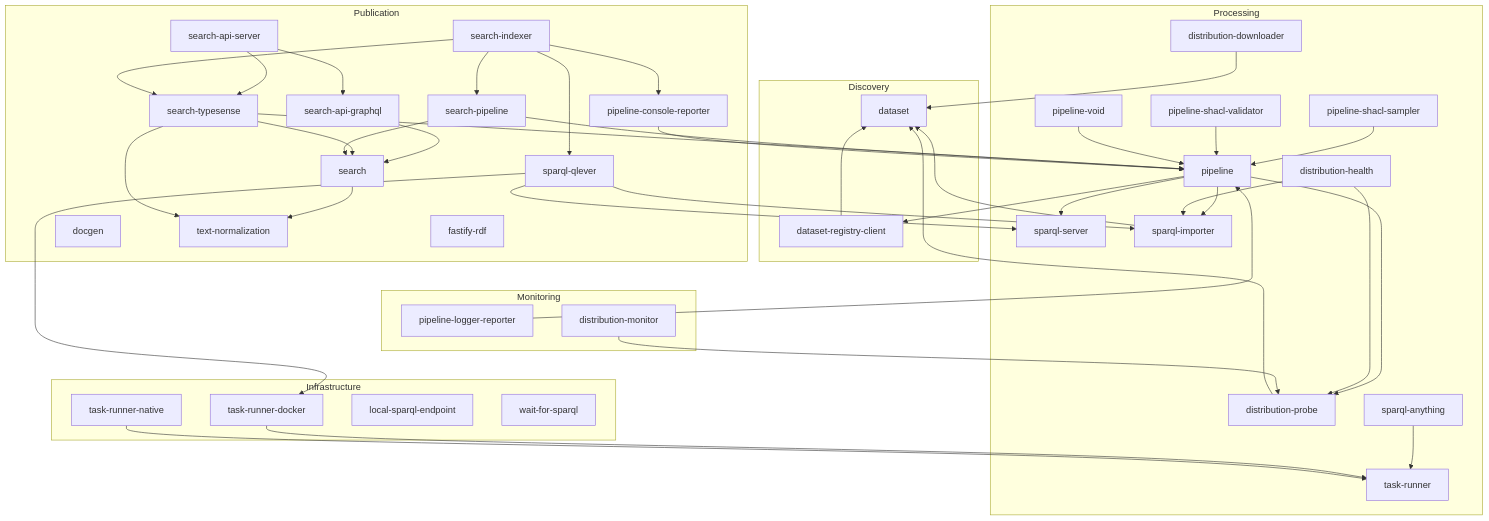
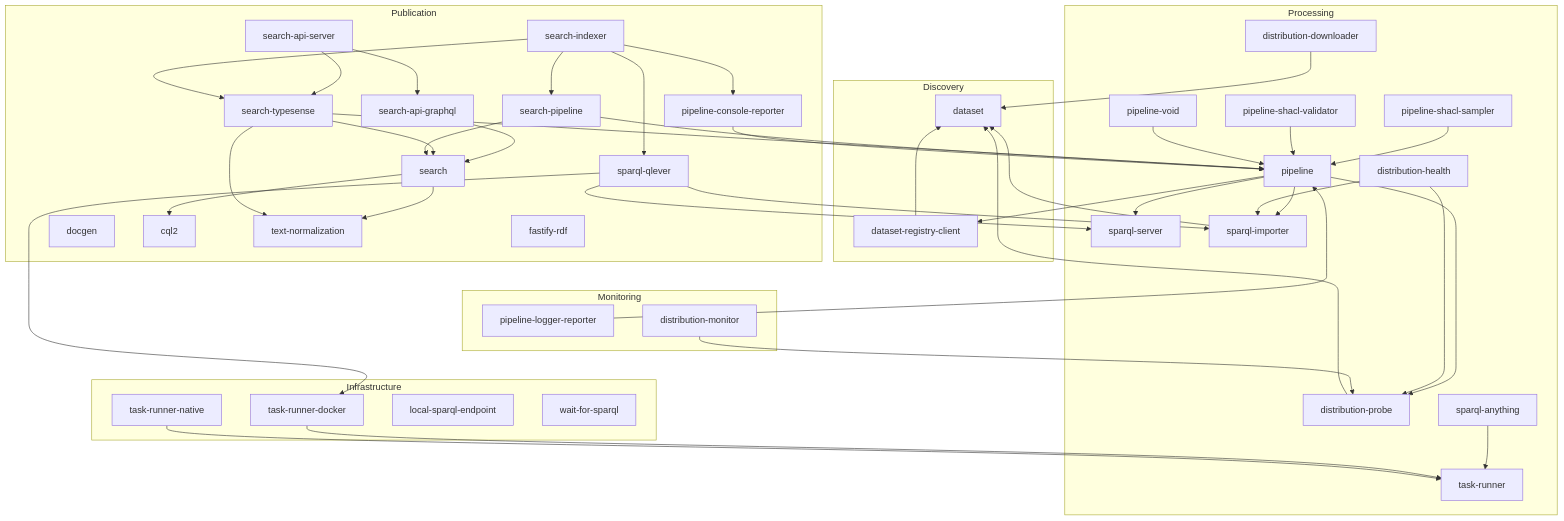
One commit to ldelements/lde changed the diagram in docs/guide/architecture.md. Above: the diagram before and after it, drawn with Mermaid. The commit also changed 36 other files, not shown here.

````diff
--- a/docs/guide/architecture.md
+++ b/docs/guide/architecture.md
@@ -19,61 +19,62 @@
 ```mermaid
 %%{init: {"flowchart": {"useMaxWidth": false}}}%%
 graph TD
   subgraph Discovery
     dataset
     dataset-registry-client --> dataset
   end
 
   subgraph Processing
     pipeline --> dataset-registry-client
     pipeline --> sparql-server
     pipeline --> sparql-importer
     pipeline-shacl-sampler --> pipeline
     pipeline-shacl-validator --> pipeline
     pipeline-void --> pipeline
     distribution-downloader --> dataset
     distribution-probe --> dataset
     pipeline --> distribution-probe
     sparql-importer --> dataset
     sparql-anything --> task-runner
     distribution-health --> distribution-probe
     distribution-health --> sparql-importer
   end
 
   subgraph Publication
     fastify-rdf
     docgen
+    search --> cql2
     search --> text-normalization
     search-api-graphql --> search
     search-api-server --> search-api-graphql
     search-api-server --> search-typesense
     search-typesense --> search
     search-typesense --> text-normalization
     search-typesense --> pipeline
     search-pipeline --> search
     search-pipeline --> pipeline
     search-indexer --> search-pipeline
     search-indexer --> search-typesense
     search-indexer --> sparql-qlever
     search-indexer --> pipeline-console-reporter
   end
 
   subgraph Monitoring
     pipeline-console-reporter --> pipeline
     pipeline-logger-reporter --> pipeline
     distribution-monitor --> distribution-probe
   end
 
   subgraph Infrastructure
     sparql-qlever --> sparql-importer
     sparql-qlever --> sparql-server
     sparql-qlever --> task-runner-docker
     task-runner-docker --> task-runner
     task-runner-native --> task-runner
     sparql-server
     local-sparql-endpoint
     wait-for-sparql
   end
 
   Discovery ~~~ Processing ~~~ Publication ~~~ Monitoring ~~~ Infrastructure
 ```
````
